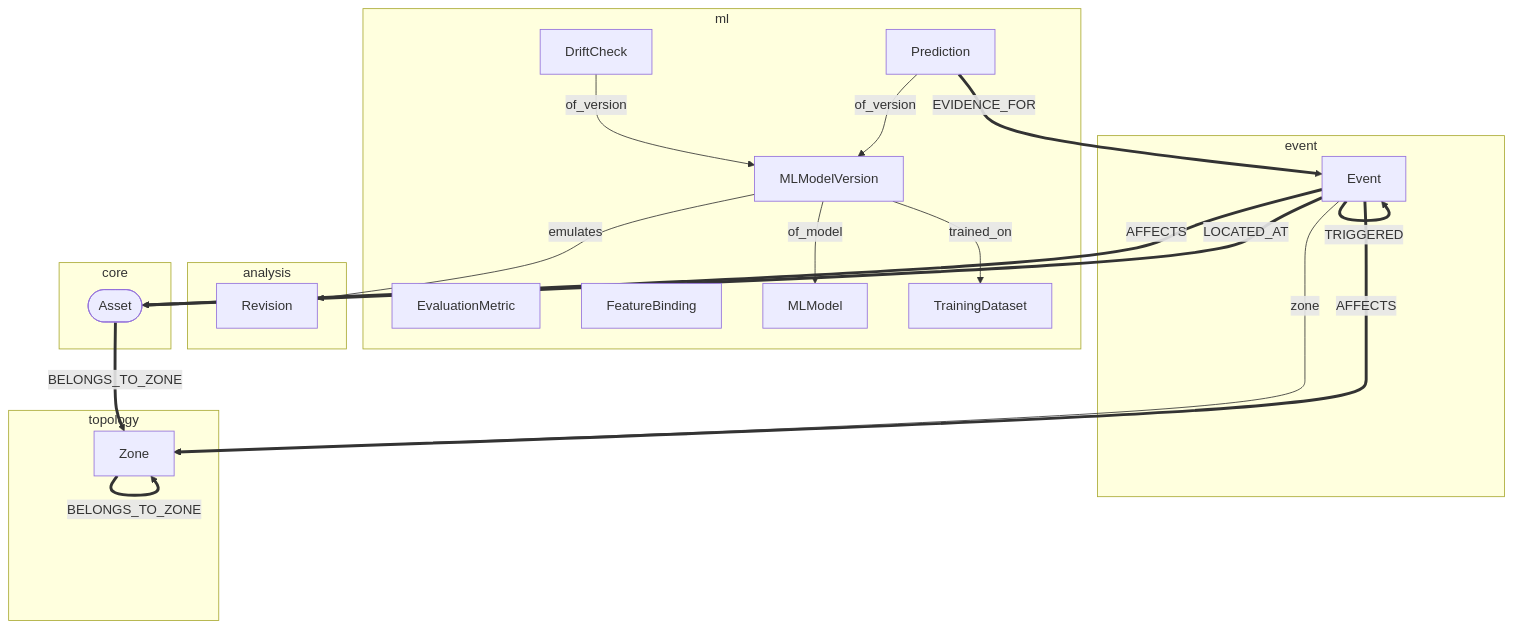
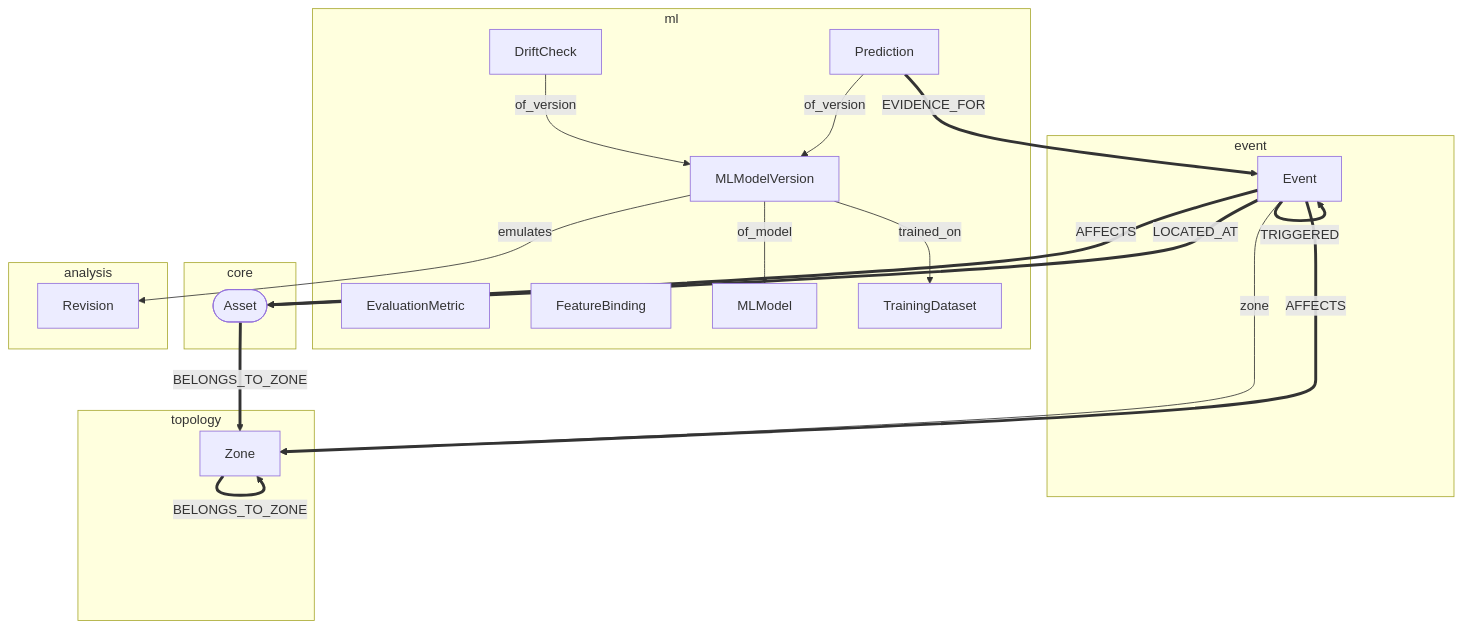
Before and after one commit to HydroCouple/water-ontology: the fourth of 5 diagrams in docs/diagrams/knowledge-graph.md, drawn with Mermaid. The commit also changed other lines of this file and 16 other files, not shown here.

````diff
--- a/docs/diagrams/knowledge-graph.md
+++ b/docs/diagrams/knowledge-graph.md
@@ -210,40 +210,40 @@
 ```mermaid
 flowchart TB
   subgraph wsys_event["event"]
     Event["Event"]
   end
   subgraph wsys_ml["ml"]
     DriftCheck["DriftCheck"]
     EvaluationMetric["EvaluationMetric"]
     FeatureBinding["FeatureBinding"]
     MLModel["MLModel"]
     MLModelVersion["MLModelVersion"]
     Prediction["Prediction"]
     TrainingDataset["TrainingDataset"]
   end
-  subgraph wsys_analysis["analysis"]
-    Revision["Revision"]
-  end
   subgraph wsys_topology["topology"]
     Zone["Zone"]
   end
   subgraph wsys_core["core"]
     Asset(["Asset"])
+  end
+  subgraph wsys_analysis["analysis"]
+    Revision["Revision"]
   end
   DriftCheck -- of_version --> MLModelVersion
   Event -- zone --> Zone
   MLModelVersion -- of_model --> MLModel
   MLModelVersion -- trained_on --> TrainingDataset
   MLModelVersion -- emulates --> Revision
   Prediction -- of_version --> MLModelVersion
   Asset == BELONGS_TO_ZONE ==> Zone
   Zone == BELONGS_TO_ZONE ==> Zone
   Event == AFFECTS ==> Asset
   Event == AFFECTS ==> Zone
   Event == LOCATED_AT ==> Asset
   Prediction == EVIDENCE_FOR ==> Event
   Event == EVIDENCE_FOR ==> Event
   Event == CAUSED_BY ==> Event
   Event == PART_OF ==> Event
   Event == TRIGGERED ==> Event
 ```
````
